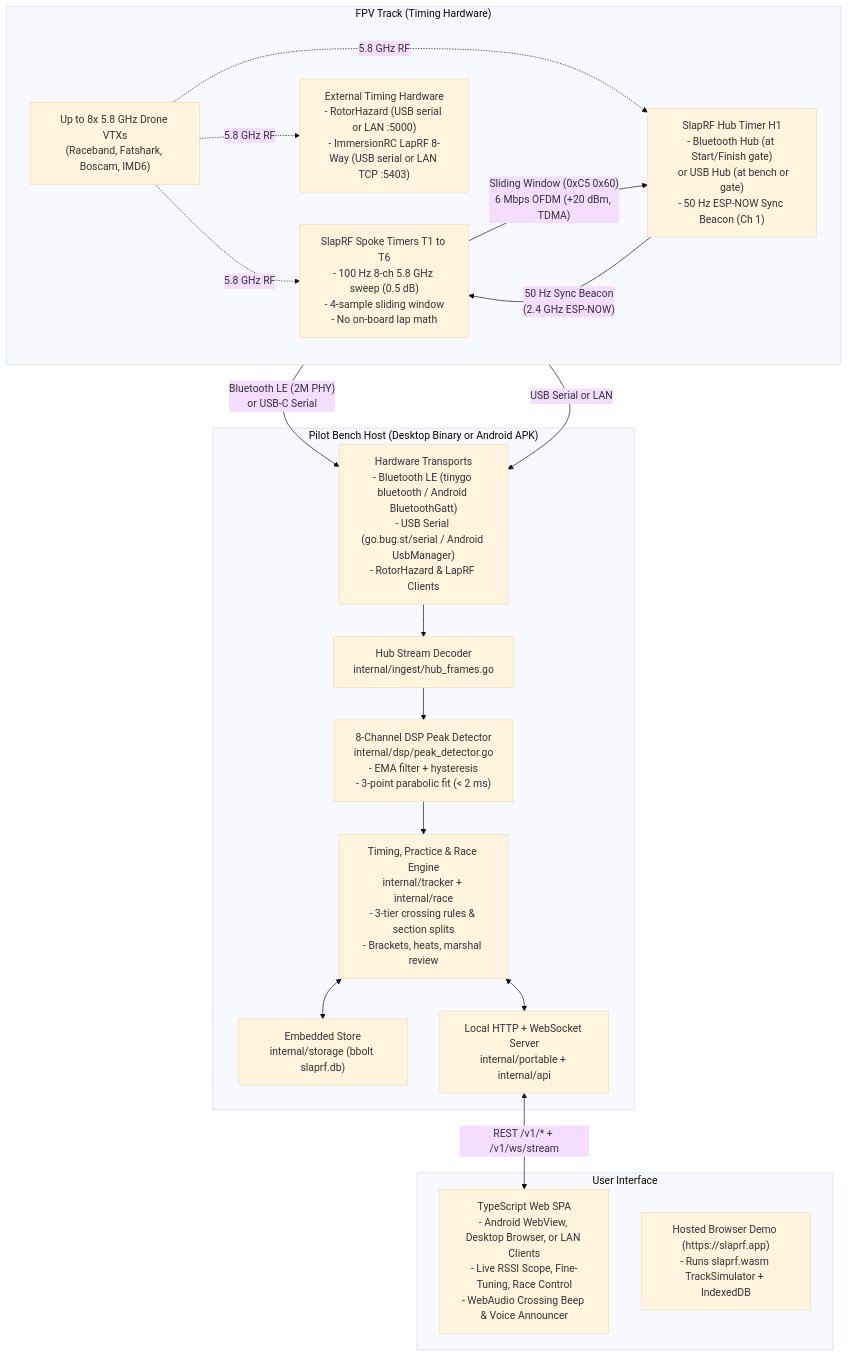
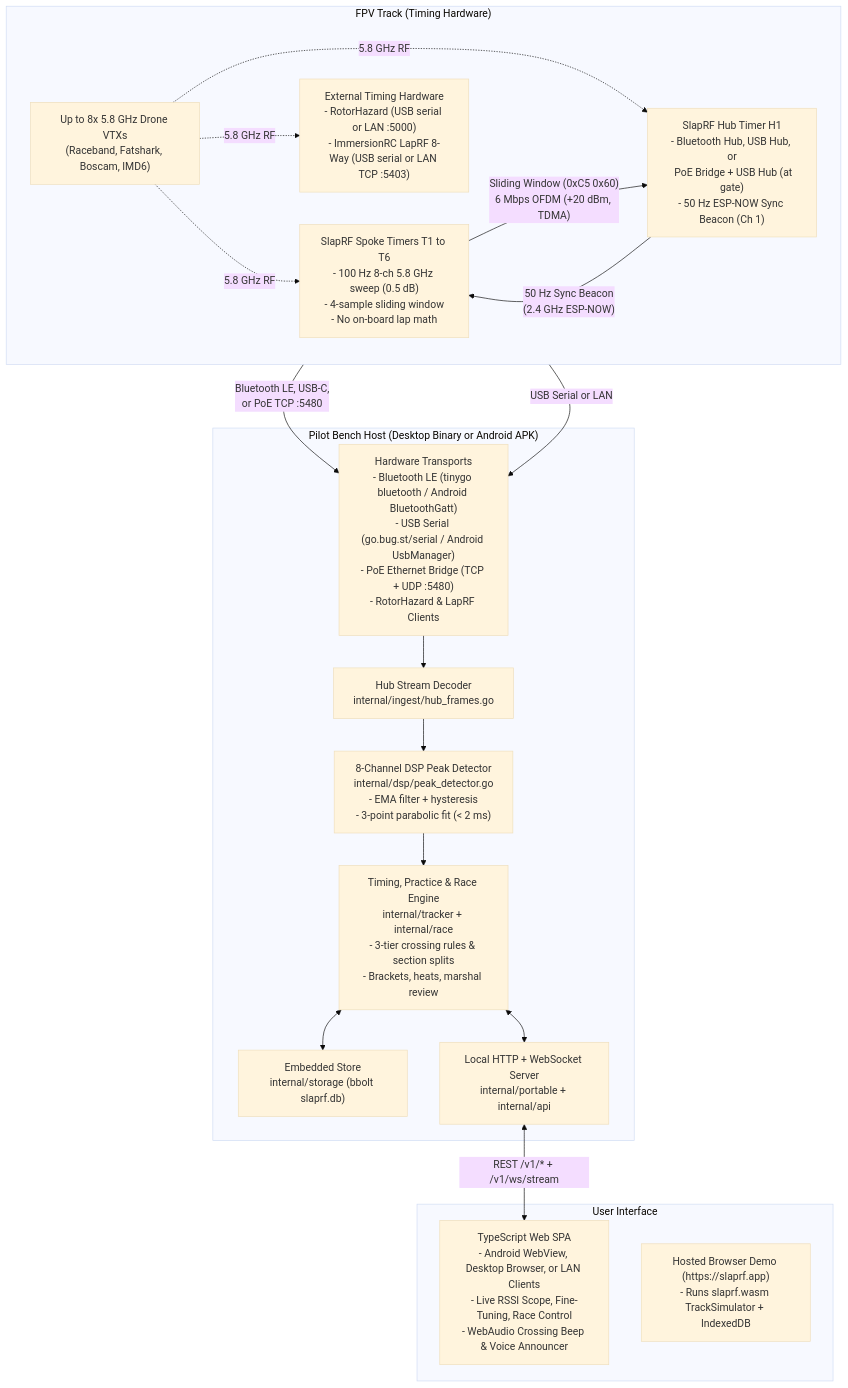
The first of 6 diagrams in docs/ARCHITECTURE.md (kaack/SlapRF), drawn with Mermaid (base theme) before and after one commit. The commit also changed other lines of this file and 2 other files, not shown here.

Commit message:
docs(poe): add PoE Bridge protocol reference and update architecture docs [skip ci]

````diff
--- a/docs/ARCHITECTURE.md
+++ b/docs/ARCHITECTURE.md
@@ -42,38 +43,38 @@
 ```mermaid
 flowchart TB
     subgraph Track["FPV Track (Timing Hardware)"]
         direction LR
         VTX["Up to 8x 5.8 GHz Drone VTXs\n(Raceband, Fatshark, Boscam, IMD6)"]
         Spokes["SlapRF Spoke Timers T1 to T6\n- 100 Hz 8-ch 5.8 GHz sweep (0.5 dB)\n- 4-sample sliding window\n- No on-board lap math"]
-        Hub["SlapRF Hub Timer H1\n- Bluetooth Hub (at Start/Finish gate)\n  or USB Hub (at bench or gate)\n- 50 Hz ESP-NOW Sync Beacon (Ch 1)"]
+        Hub["SlapRF Hub Timer H1\n- Bluetooth Hub, USB Hub, or\n  PoE Bridge + USB Hub (at gate)\n- 50 Hz ESP-NOW Sync Beacon (Ch 1)"]
         OtherHW["External Timing Hardware\n- RotorHazard (USB serial or LAN :5000)\n- ImmersionRC LapRF 8-Way (USB serial or LAN TCP :5403)"]
 
         VTX -. "5.8 GHz RF" .-> Spokes
         VTX -. "5.8 GHz RF" .-> Hub
         VTX -. "5.8 GHz RF" .-> OtherHW
         Hub -- "50 Hz Sync Beacon\n(2.4 GHz ESP-NOW)" --> Spokes
         Spokes -- "Sliding Window (0xC5 0x60)\n6 Mbps OFDM (+20 dBm, TDMA)" --> Hub
     end
 
     subgraph Host["Pilot Bench Host (Desktop Binary or Android APK)"]
-        Drivers["Hardware Transports\n- Bluetooth LE (tinygo bluetooth / Android BluetoothGatt)\n- USB Serial (go.bug.st/serial / Android UsbManager)\n- RotorHazard & LapRF Clients"]
+        Drivers["Hardware Transports\n- Bluetooth LE (tinygo bluetooth / Android BluetoothGatt)\n- USB Serial (go.bug.st/serial / Android UsbManager)\n- PoE Ethernet Bridge (TCP + UDP :5480)\n- RotorHazard & LapRF Clients"]
         Decoder["Hub Stream Decoder\ninternal/ingest/hub_frames.go"]
         DSP["8-Channel DSP Peak Detector\ninternal/dsp/peak_detector.go\n- EMA filter + hysteresis\n- 3-point parabolic fit (< 2 ms)"]
         Engine["Timing, Practice & Race Engine\ninternal/tracker + internal/race\n- 3-tier crossing rules & section splits\n- Brackets, heats, marshal review"]
         DB["Embedded Store\ninternal/storage (bbolt slaprf.db)"]
         HTTP["Local HTTP + WebSocket Server\ninternal/portable + internal/api"]
 
-        Hub -- "Bluetooth LE (2M PHY)\nor USB-C Serial" --> Drivers
+        Hub -- "Bluetooth LE, USB-C,\nor PoE TCP :5480" --> Drivers
         OtherHW -- "USB Serial or LAN" --> Drivers
         Drivers --> Decoder --> DSP --> Engine
         Engine <--> DB
         Engine <--> HTTP
     end
 
     subgraph Clients["User Interface"]
         SPA["TypeScript Web SPA\n- Android WebView, Desktop Browser, or LAN Clients\n- Live RSSI Scope, Fine-Tuning, Race Control\n- WebAudio Crossing Beep & Voice Announcer"]
         Demo["Hosted Browser Demo (https://slaprf.app)\n- Runs slaprf.wasm TrackSimulator + IndexedDB"]
     end
 
     HTTP <-->|"REST /v1/* + /v1/ws/stream"| SPA
 ```
````
